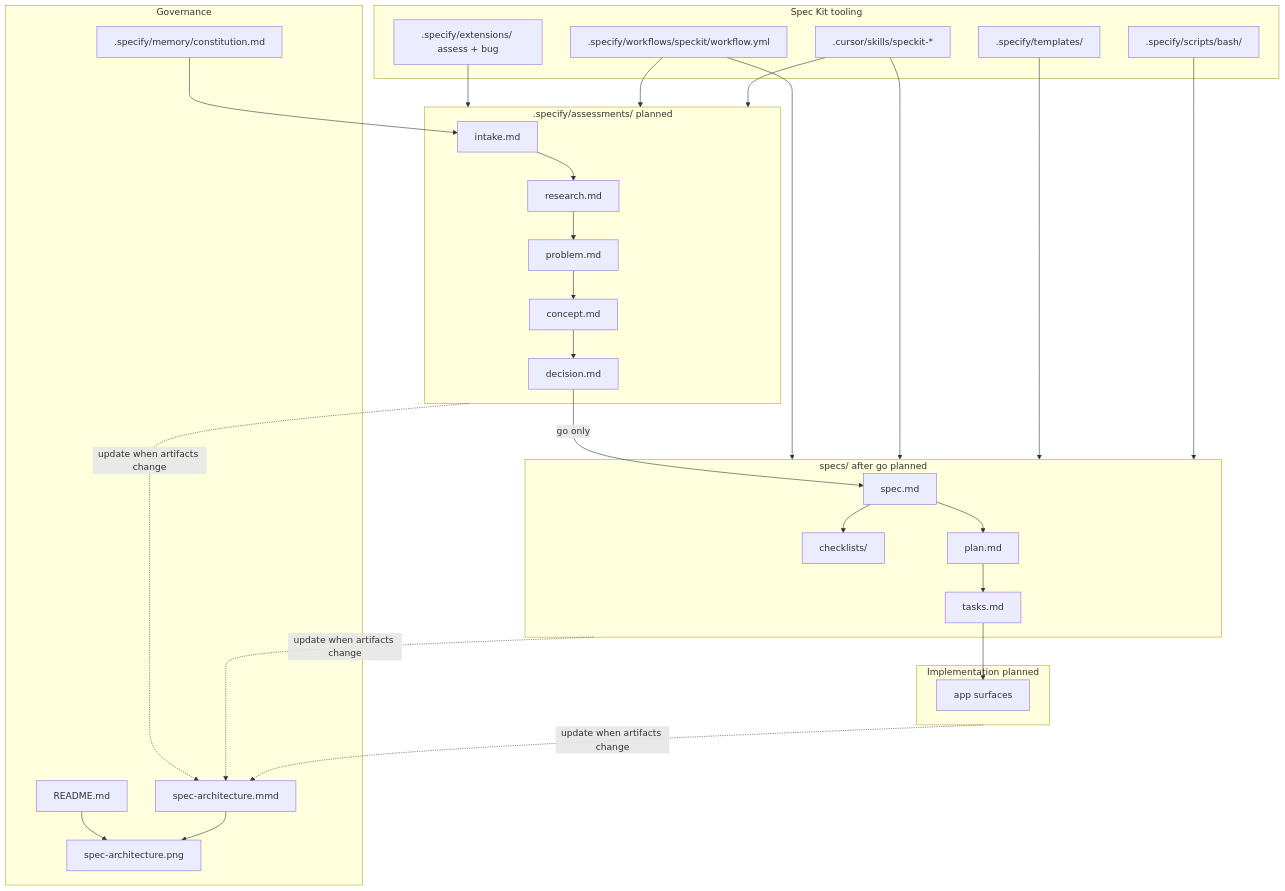
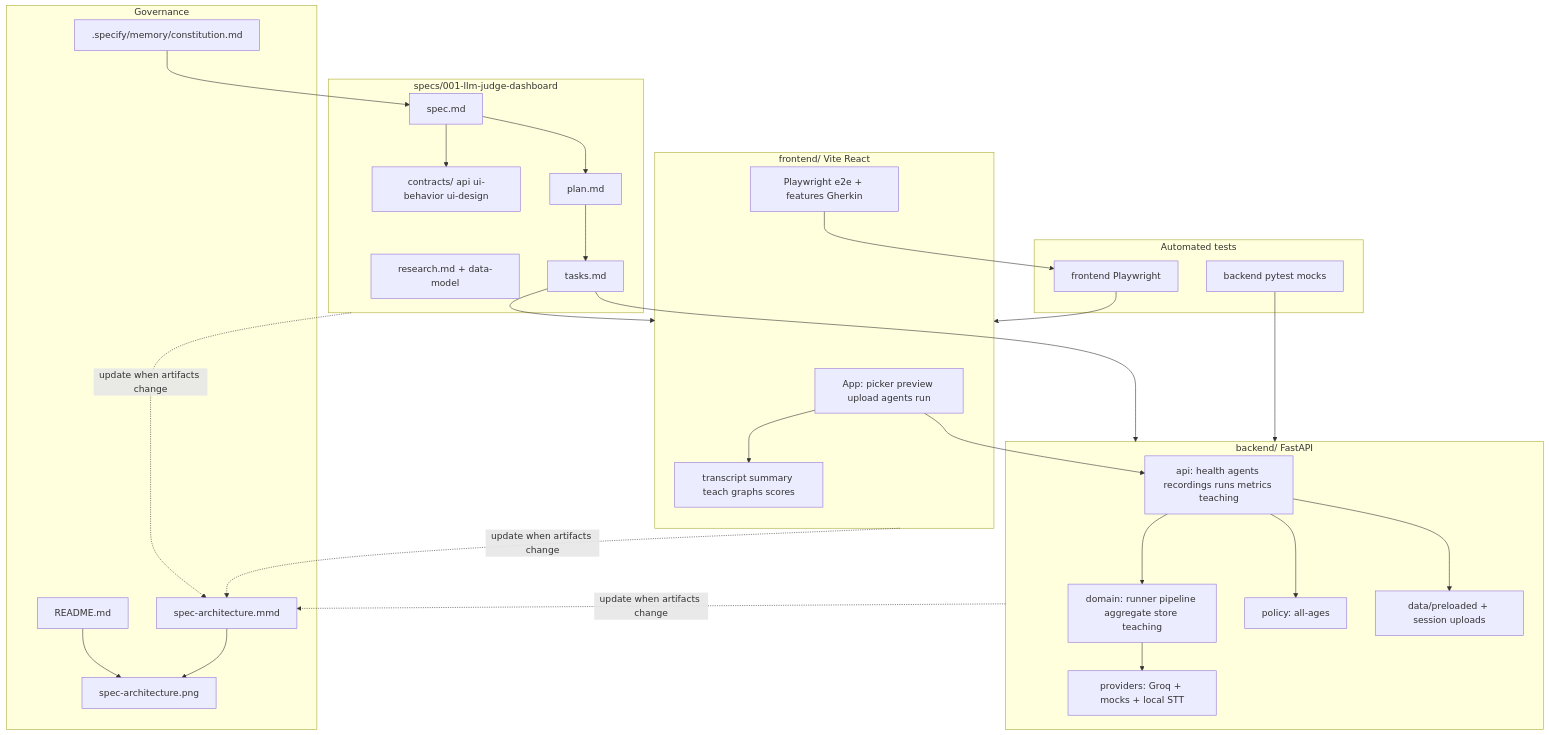
One commit to kshakir1989/voiceFaithfulness changed the diagram in spec-architecture.mmd. Above: the diagram before and after it, drawn with Mermaid. The commit also changed 10 other files, not shown here.

First line of the commit message:
Document US2–US7, honesty/ephemeral uploads, and refresh architecture.

```diff
--- a/spec-architecture.mmd
+++ b/spec-architecture.mmd
@@ -1,56 +1,54 @@
 flowchart TB
   subgraph governance["Governance"]
     CON[".specify/memory/constitution.md"]
     README["README.md"]
     DIAG["spec-architecture.png"]
     DIAG_SRC["spec-architecture.mmd"]
   end
 
-  subgraph tooling["Spec Kit tooling"]
-    EXT[".specify/extensions/ assess + bug"]
-    WF[".specify/workflows/speckit/workflow.yml"]
-    SKILLS[".cursor/skills/speckit-*"]
-    TEMPLATES[".specify/templates/"]
-    SCRIPTS[".specify/scripts/bash/"]
-  end
-
-  subgraph assess[".specify/assessments/ planned"]
-    INTAKE["intake.md"]
-    RESEARCH["research.md"]
-    PROBLEM["problem.md"]
-    CONCEPT["concept.md"]
-    DECISION["decision.md"]
-  end
-
-  subgraph sdd["specs/ after go planned"]
+  subgraph sdd["specs/001-llm-judge-dashboard"]
     SPEC["spec.md"]
     PLAN["plan.md"]
     TASKS["tasks.md"]
-    CHECK["checklists/"]
+    CONTRACTS["contracts/ api ui-behavior ui-design"]
+    RESEARCH["research.md + data-model"]
   end
 
-  subgraph impl["Implementation planned"]
-    APP["app surfaces"]
+  subgraph backend["backend/ FastAPI"]
+    API["api: health agents recordings runs metrics teaching"]
+    DOMAIN["domain: runner pipeline aggregate store teaching"]
+    PROV["providers: Groq + mocks + local STT"]
+    POLICY["policy: all-ages"]
+    DATA["data/preloaded + session uploads"]
   end
 
-  CON --> INTAKE
+  subgraph frontend["frontend/ Vite React"]
+    SPA["App: picker preview upload agents run"]
+    PANELS["transcript summary teach graphs scores"]
+    E2E["Playwright e2e + features Gherkin"]
+  end
+
+  subgraph tests["Automated tests"]
+    PYTEST["backend pytest mocks"]
+    PLAY["frontend Playwright"]
+  end
+
+  CON --> SPEC
   README --> DIAG
   DIAG_SRC --> DIAG
-  EXT --> assess
-  WF --> assess
-  WF --> sdd
-  SKILLS --> assess
-  SKILLS --> sdd
-  TEMPLATES --> sdd
-  SCRIPTS --> sdd
+  SPEC --> PLAN --> TASKS
+  SPEC --> CONTRACTS
+  TASKS --> backend
+  TASKS --> frontend
+  API --> DOMAIN --> PROV
+  API --> POLICY
+  API --> DATA
+  SPA --> API
+  SPA --> PANELS
+  PYTEST --> backend
+  PLAY --> frontend
+  E2E --> PLAY
 
-  INTAKE --> RESEARCH --> PROBLEM --> CONCEPT --> DECISION
-  DECISION -->|"go only"| SPEC
-  SPEC --> CHECK
-  SPEC --> PLAN
-  PLAN --> TASKS
-  TASKS --> APP
-
-  assess -.->|"update when artifacts change"| DIAG_SRC
   sdd -.->|"update when artifacts change"| DIAG_SRC
-  impl -.->|"update when artifacts change"| DIAG_SRC
+  backend -.->|"update when artifacts change"| DIAG_SRC
+  frontend -.->|"update when artifacts change"| DIAG_SRC
```
